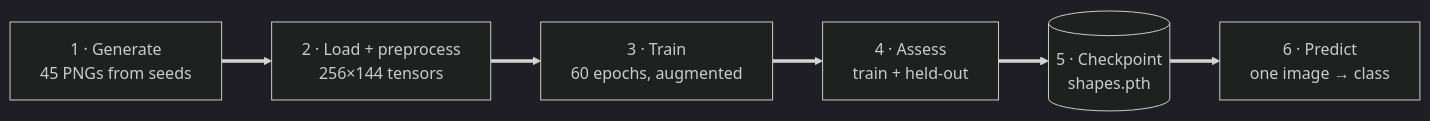
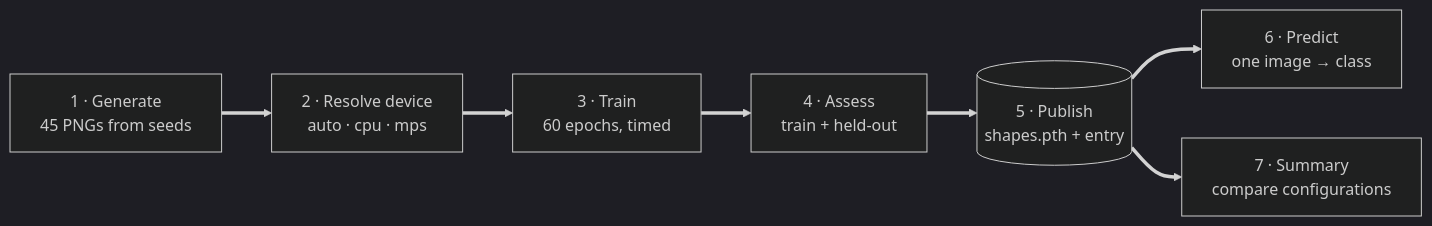
One commit to nal/ML changed the third of 14 diagrams in CNN/image_classification/docs/hld/hld.md. Above: the diagram before and after it, drawn with Mermaid (dark theme). The commit also changed other lines of this file and 1 other file, not shown here.

First line of the commit message:
docs(hld): refresh design and slides for device benchmark

````diff
--- a/CNN/image_classification/docs/hld/hld.md
+++ b/CNN/image_classification/docs/hld/hld.md
@@ -106,8 +121,9 @@
 ```mermaid
 flowchart LR
-  A["1 · Generate<br/>45 PNGs from seeds"] ==> B["2 · Load + preprocess<br/>256×144 tensors"]
-  B ==> C["3 · Train<br/>60 epochs, augmented"]
+  A["1 · Generate<br/>45 PNGs from seeds"] ==> B["2 · Resolve device<br/>auto · cpu · mps"]
+  B ==> C["3 · Train<br/>60 epochs, timed"]
   C ==> D["4 · Assess<br/>train + held-out"]
-  D ==> E[("5 · Checkpoint<br/>shapes.pth")]
+  D ==> E[("5 · Publish<br/>shapes.pth + entry")]
   E ==> F["6 · Predict<br/>one image → class"]
+  E ==> G["7 · Summary<br/>compare configurations"]
 ```
````
